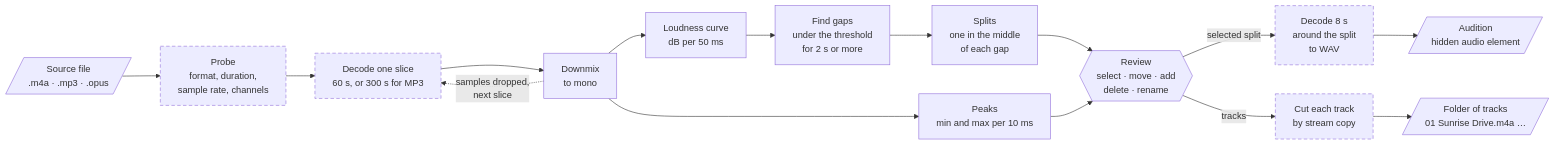
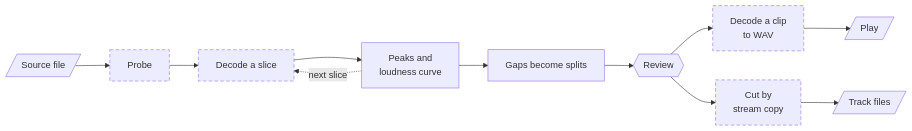
Before and after one commit to suleymanyaryev/audio-splitter: the diagram in README.md, drawn with Mermaid. The commit also changed other lines of this file and 11 other files, not shown here.

First line of the commit message:
docs: trim the agent docs, README and architecture to what holds now

````diff
--- a/README.md
+++ b/README.md
@@ -29,27 +29,22 @@
 ```mermaid
 flowchart LR
-  file[/"Source file<br/>.m4a · .mp3 · .opus"/]
-  probe["Probe<br/>format, duration,<br/>sample rate, channels"]
-  slice["Decode one slice<br/>60 s, or 300 s for MP3"]
-  downmix["Downmix<br/>to mono"]
-  peaks["Peaks<br/>min and max per 10 ms"]
-  loudness["Loudness curve<br/>dB per 50 ms"]
-  gaps["Find gaps<br/>under the threshold<br/>for 2 s or more"]
-  splits["Splits<br/>one in the middle<br/>of each gap"]
-  review{{"Review<br/>select · move · add<br/>delete · rename"}}
-  clip["Decode 8 s<br/>around the split<br/>to WAV"]
-  audition[/"Audition<br/>hidden audio element"/]
-  cut["Cut each track<br/>by stream copy"]
-  folder[/"Folder of tracks<br/>01 Sunrise Drive.m4a …"/]
+  file[/"Source file"/]
+  probe["Probe"]
+  slice["Decode a slice"]
+  summaries["Peaks and<br/>loudness curve"]
+  splits["Gaps become splits"]
+  review{{"Review"}}
+  clip["Decode a clip<br/>to WAV"]
+  play[/"Play"/]
+  cut["Cut by<br/>stream copy"]
+  folder[/"Track files"/]
 
-  file --> probe --> slice --> downmix
-  downmix --> peaks & loudness
-  downmix -. "samples dropped,<br/>next slice" .-> slice
-  loudness --> gaps --> splits --> review
-  peaks --> review
-  review -- "selected split" --> clip --> audition
-  review -- "tracks" --> cut --> folder
+  file --> probe --> slice --> summaries
+  summaries -. "next slice" .-> slice
+  summaries --> splits --> review
+  review --> clip --> play
+  review --> cut --> folder
 
   classDef ffmpeg stroke-dasharray: 6 4
   class probe,slice,clip,cut ffmpeg
 ```
````
